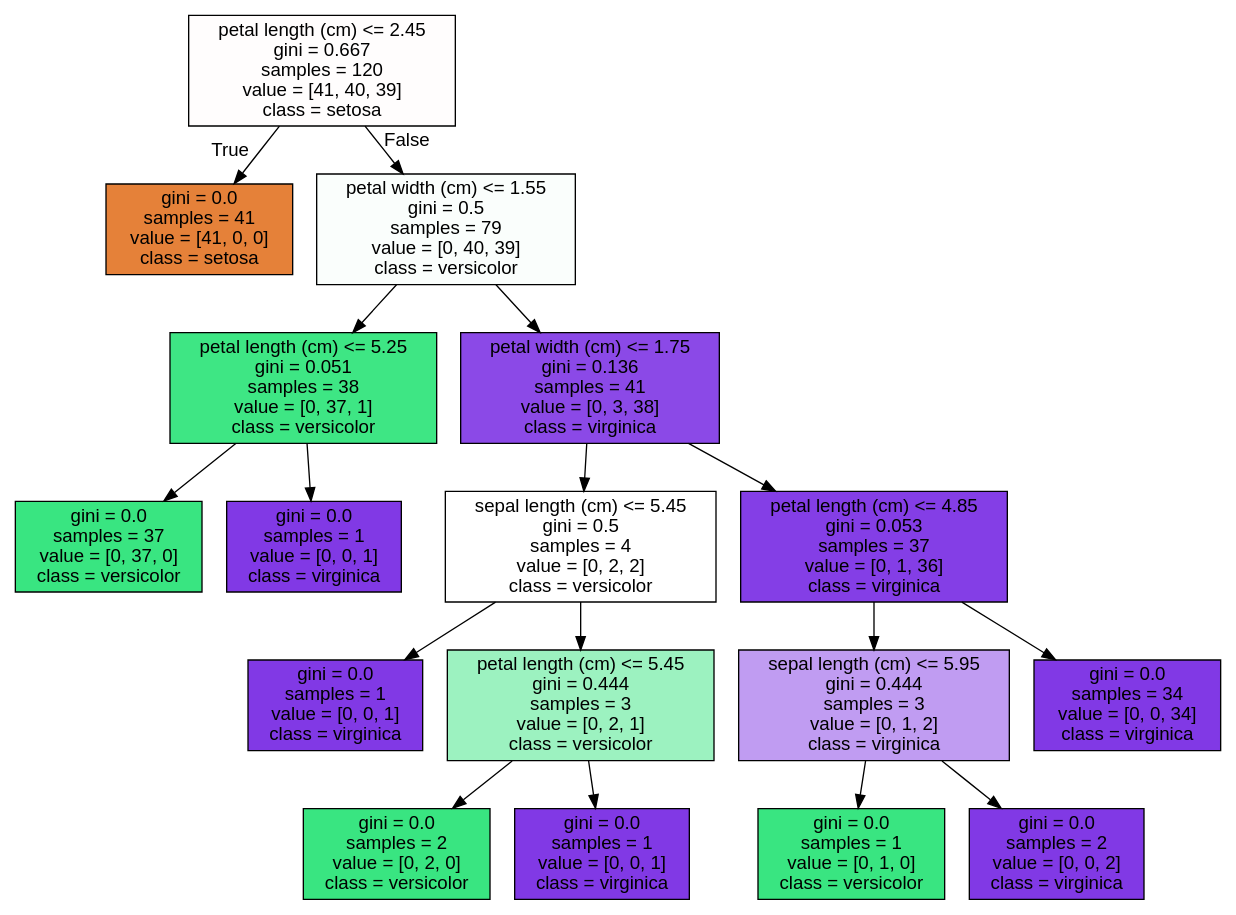
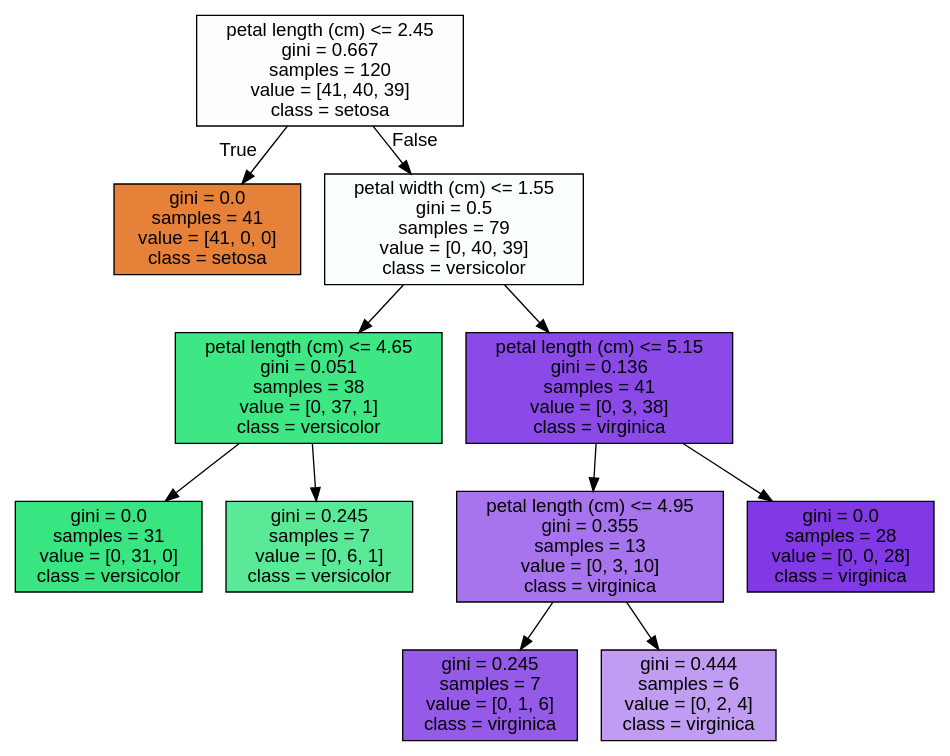
One commit to netager/Quick_Ref changed the diagram in data_analysis/(권철민) 파이썬 머신러닝 완벽 가이드(인프런)/4장/tree.dot. Above: the diagram before and after it, drawn with Graphviz. The commit also changed 5 other files, not shown here.

```diff
--- a/data_analysis/(권철민) 파이썬 머신러닝 완벽 가이드(인프런)/4장/tree.dot
+++ b/data_analysis/(권철민) 파이썬 머신러닝 완벽 가이드(인프런)/4장/tree.dot
@@ -1,37 +1,25 @@
 digraph Tree {
 node [shape=box, style="filled", color="black", fontname="helvetica"] ;
 edge [fontname="helvetica"] ;
 0 [label="petal length (cm) <= 2.45\ngini = 0.667\nsamples = 120\nvalue = [41, 40, 39]\nclass = setosa", fillcolor="#fffdfd"] ;
 1 [label="gini = 0.0\nsamples = 41\nvalue = [41, 0, 0]\nclass = setosa", fillcolor="#e58139"] ;
 0 -> 1 [labeldistance=2.5, labelangle=45, headlabel="True"] ;
 2 [label="petal width (cm) <= 1.55\ngini = 0.5\nsamples = 79\nvalue = [0, 40, 39]\nclass = versicolor", fillcolor="#fafefc"] ;
 0 -> 2 [labeldistance=2.5, labelangle=-45, headlabel="False"] ;
-3 [label="petal length (cm) <= 5.25\ngini = 0.051\nsamples = 38\nvalue = [0, 37, 1]\nclass = versicolor", fillcolor="#3ee684"] ;
+3 [label="petal length (cm) <= 4.65\ngini = 0.051\nsamples = 38\nvalue = [0, 37, 1]\nclass = versicolor", fillcolor="#3ee684"] ;
 2 -> 3 ;
-4 [label="gini = 0.0\nsamples = 37\nvalue = [0, 37, 0]\nclass = versicolor", fillcolor="#39e581"] ;
+4 [label="gini = 0.0\nsamples = 31\nvalue = [0, 31, 0]\nclass = versicolor", fillcolor="#39e581"] ;
 3 -> 4 ;
-5 [label="gini = 0.0\nsamples = 1\nvalue = [0, 0, 1]\nclass = virginica", fillcolor="#8139e5"] ;
+5 [label="gini = 0.245\nsamples = 7\nvalue = [0, 6, 1]\nclass = versicolor", fillcolor="#5ae996"] ;
 3 -> 5 ;
-6 [label="petal width (cm) <= 1.75\ngini = 0.136\nsamples = 41\nvalue = [0, 3, 38]\nclass = virginica", fillcolor="#8b49e7"] ;
+6 [label="petal length (cm) <= 5.15\ngini = 0.136\nsamples = 41\nvalue = [0, 3, 38]\nclass = virginica", fillcolor="#8b49e7"] ;
 2 -> 6 ;
-7 [label="sepal length (cm) <= 5.45\ngini = 0.5\nsamples = 4\nvalue = [0, 2, 2]\nclass = versicolor", fillcolor="#ffffff"] ;
+7 [label="petal length (cm) <= 4.95\ngini = 0.355\nsamples = 13\nvalue = [0, 3, 10]\nclass = virginica", fillcolor="#a774ed"] ;
 6 -> 7 ;
-8 [label="gini = 0.0\nsamples = 1\nvalue = [0, 0, 1]\nclass = virginica", fillcolor="#8139e5"] ;
+8 [label="gini = 0.245\nsamples = 7\nvalue = [0, 1, 6]\nclass = virginica", fillcolor="#965ae9"] ;
 7 -> 8 ;
-9 [label="petal length (cm) <= 5.45\ngini = 0.444\nsamples = 3\nvalue = [0, 2, 1]\nclass = versicolor", fillcolor="#9cf2c0"] ;
+9 [label="gini = 0.444\nsamples = 6\nvalue = [0, 2, 4]\nclass = virginica", fillcolor="#c09cf2"] ;
 7 -> 9 ;
-10 [label="gini = 0.0\nsamples = 2\nvalue = [0, 2, 0]\nclass = versicolor", fillcolor="#39e581"] ;
-9 -> 10 ;
-11 [label="gini = 0.0\nsamples = 1\nvalue = [0, 0, 1]\nclass = virginica", fillcolor="#8139e5"] ;
-9 -> 11 ;
-12 [label="petal length (cm) <= 4.85\ngini = 0.053\nsamples = 37\nvalue = [0, 1, 36]\nclass = virginica", fillcolor="#843ee6"] ;
-6 -> 12 ;
-13 [label="sepal length (cm) <= 5.95\ngini = 0.444\nsamples = 3\nvalue = [0, 1, 2]\nclass = virginica", fillcolor="#c09cf2"] ;
-12 -> 13 ;
-14 [label="gini = 0.0\nsamples = 1\nvalue = [0, 1, 0]\nclass = versicolor", fillcolor="#39e581"] ;
-13 -> 14 ;
-15 [label="gini = 0.0\nsamples = 2\nvalue = [0, 0, 2]\nclass = virginica", fillcolor="#8139e5"] ;
-13 -> 15 ;
-16 [label="gini = 0.0\nsamples = 34\nvalue = [0, 0, 34]\nclass = virginica", fillcolor="#8139e5"] ;
-12 -> 16 ;
+10 [label="gini = 0.0\nsamples = 28\nvalue = [0, 0, 28]\nclass = virginica", fillcolor="#8139e5"] ;
+6 -> 10 ;
 }
```
